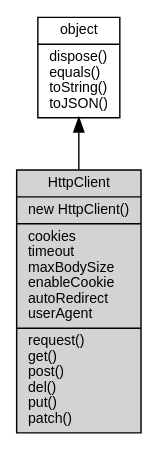
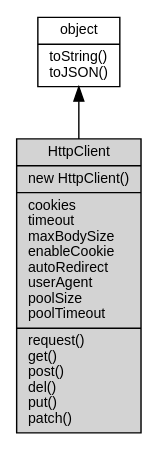
One commit to asionius/fibjs-ceph changed the diagram in docs/object/ifs/HttpClient.md. Above: the diagram before and after it, drawn with Graphviz. The commit also changed other lines of this file and 138 other files, not shown here.

````diff
--- a/docs/object/ifs/HttpClient.md
+++ b/docs/object/ifs/HttpClient.md
@@ -14,10 +14,10 @@
 ```dot
 digraph {
     node [fontname="Helvetica,sans-Serif", fontsize=10, shape="record", style="filled", fillcolor="white"];
 
-    object [tooltip="object", URL="object.md", label="{object|dispose()\lequals()\ltoString()\ltoJSON()\l}"];
-    HttpClient [tooltip="HttpClient", fillcolor="lightgray", label="{HttpClient|new HttpClient()\l|cookies\ltimeout\lmaxBodySize\lenableCookie\lautoRedirect\luserAgent\l|request()\lget()\lpost()\ldel()\lput()\lpatch()\l}"];
+    object [tooltip="object", URL="object.md", label="{object|toString()\ltoJSON()\l}"];
+    HttpClient [tooltip="HttpClient", fillcolor="lightgray", id="me", label="{HttpClient|new HttpClient()\l|cookies\ltimeout\lmaxBodySize\lenableCookie\lautoRedirect\luserAgent\lpoolSize\lpoolTimeout\l|request()\lget()\lpost()\ldel()\lput()\lpatch()\l}"];
 
     object -> HttpClient [dir=back];
 }
 ```
````
